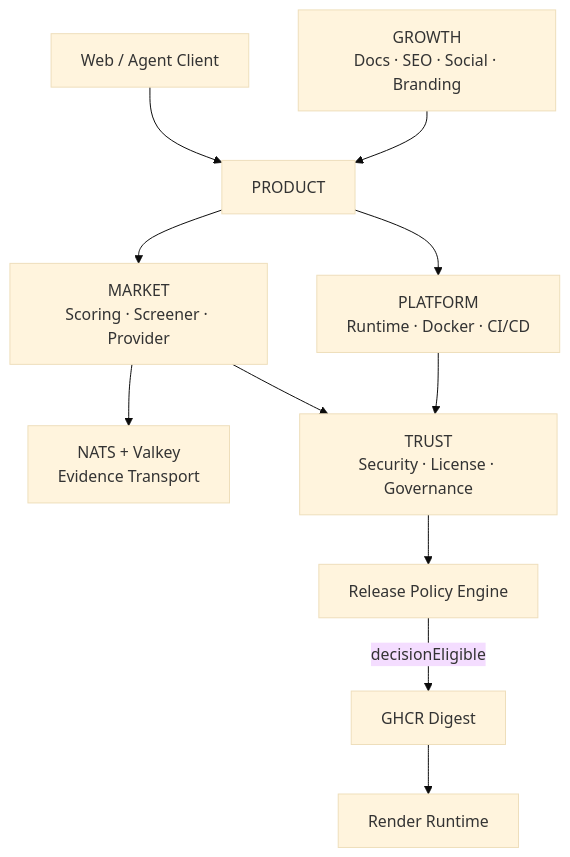
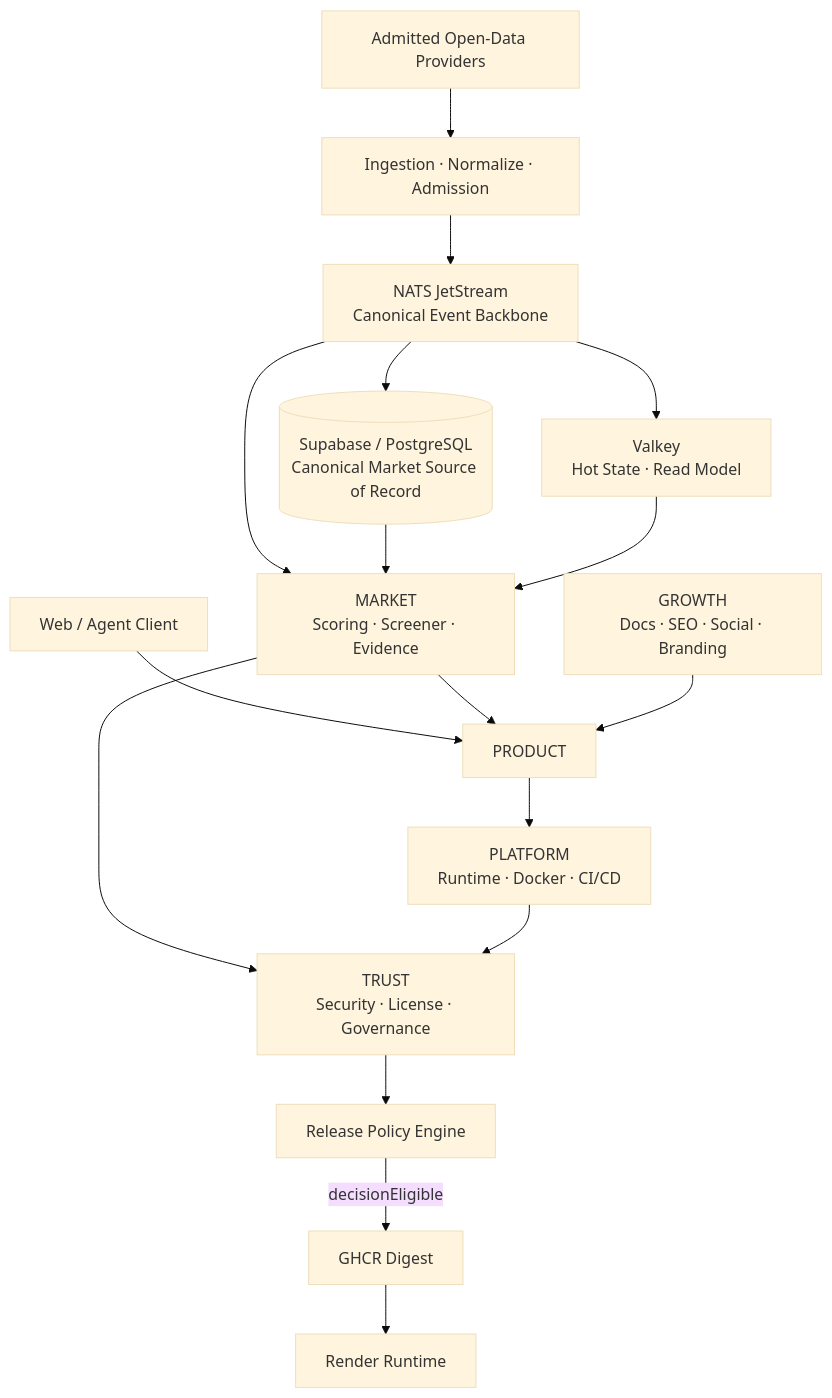
Before and after one commit to SvenKulessa/Capital-AI: the first of 3 diagrams in README.md, drawn with Mermaid (base theme). The commit also changed other lines of this file, not shown here.

Commit message:
[CAPITAL-AI-MARKET] README auf NATS-Backbone und Canonical DB korrigieren

````diff
--- a/README.md
+++ b/README.md
@@ -40,13 +40,19 @@
 ```mermaid
 flowchart TB
   USER[Web / Agent Client] --> PRODUCT[PRODUCT]
-  PRODUCT --> MARKET[MARKET\nScoring · Screener · Provider]
-  MARKET --> DATA[NATS + Valkey\nEvidence Transport]
+  PROVIDERS[Admitted Open-Data Providers] --> INGEST[Ingestion · Normalize · Admission]
+  INGEST --> NATS[NATS JetStream\nCanonical Event Backbone]
+  NATS --> DB[(Supabase / PostgreSQL\nCanonical Market Source of Record)]
+  NATS --> MARKET[MARKET\nScoring · Screener · Evidence]
+  NATS --> VALKEY[Valkey\nHot State · Read Model]
+  DB --> MARKET
+  VALKEY --> MARKET
+  MARKET --> PRODUCT
   PRODUCT --> PLATFORM[PLATFORM\nRuntime · Docker · CI/CD]
   MARKET --> TRUST[TRUST\nSecurity · License · Governance]
   PLATFORM --> TRUST
   TRUST --> POLICY[Release Policy Engine]
   POLICY -->|decisionEligible| GHCR[GHCR Digest]
   GHCR --> RUNTIME[Render Runtime]
   GROWTH[GROWTH\nDocs · SEO · Social · Branding] --> PRODUCT
 ```
````
